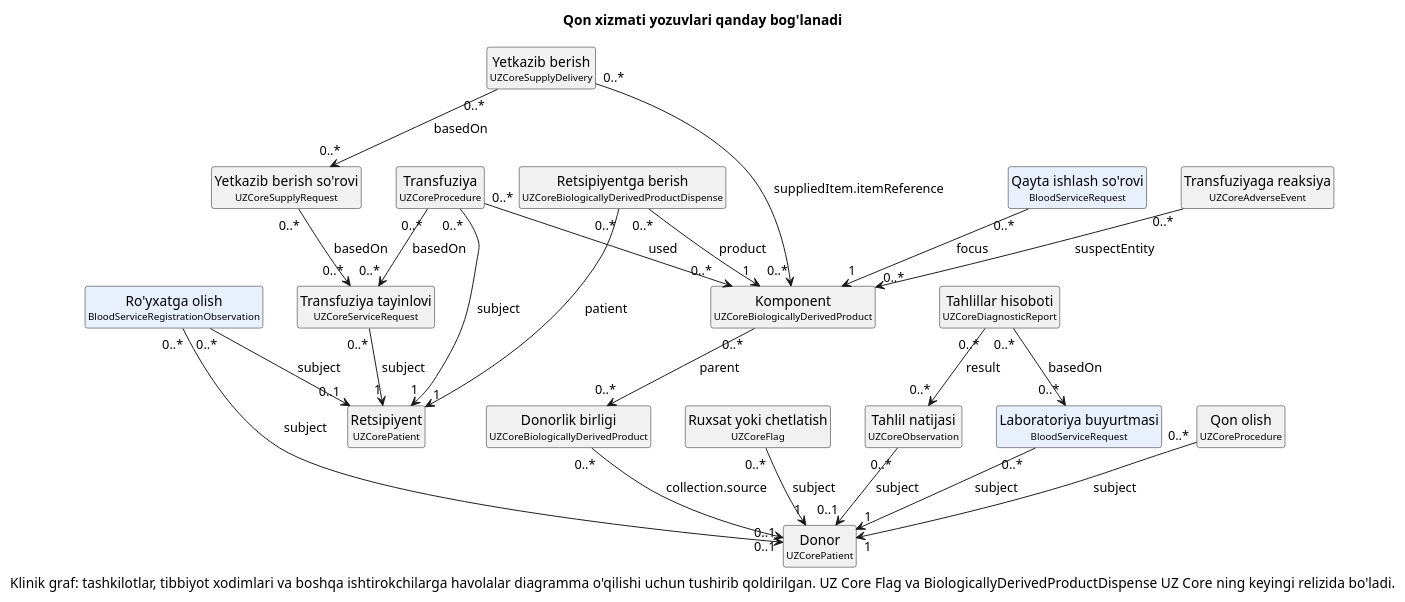
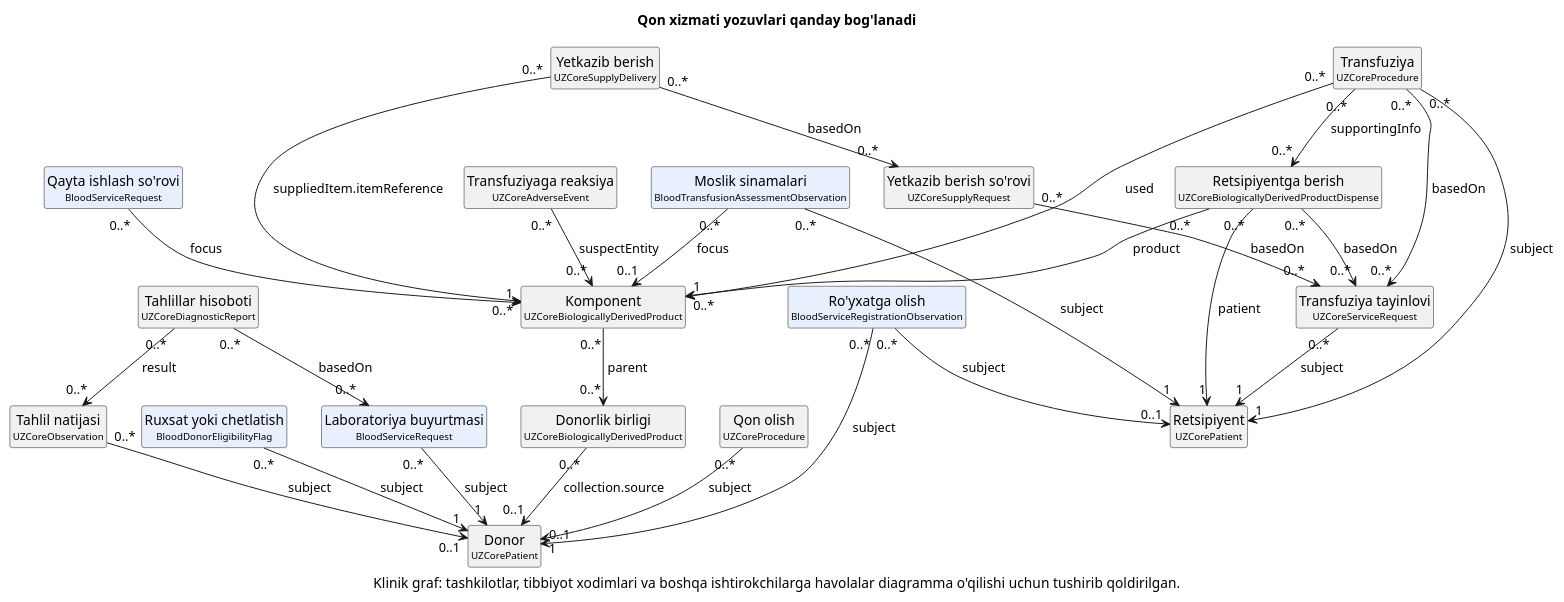
Before and after one commit to BEKHZOD98/digital-health-integration: the diagram in input/images-source/blood-service-model-uz.plantuml, drawn with PlantUML. The commit also changed 54 other files, not shown here.

```diff
--- a/input/images-source/blood-service-model-uz.plantuml
+++ b/input/images-source/blood-service-model-uz.plantuml
@@ -1,48 +1,53 @@
 @startuml blood-service-model-uz
 hide circle
 hide empty members
 title Qon xizmati yozuvlari qanday bog'lanadi
 
 class "Donor\n<size:10>UZCorePatient</size>" as Donor [[https://dhp.uz/fhir/core/uz/StructureDefinition-uz-core-patient.html{Ochish UZCorePatient}]]
 class "Retsipiyent\n<size:10>UZCorePatient</size>" as Recipient [[https://dhp.uz/fhir/core/uz/StructureDefinition-uz-core-patient.html{Ochish UZCorePatient}]]
 class "Ro'yxatga olish\n<size:10>BloodServiceRegistrationObservation</size>" as Reg [[StructureDefinition-blood-service-registration-observation.html{Ochish BloodServiceRegistrationObservation}]] #E8F0FE
-class "Ruxsat yoki chetlatish\n<size:10>UZCoreFlag</size>" as Flag
+class "Ruxsat yoki chetlatish\n<size:10>BloodDonorEligibilityFlag</size>" as Flag [[StructureDefinition-blood-donor-eligibility-flag.html{Ochish BloodDonorEligibilityFlag}]] #E8F0FE
 class "Tahlil natijasi\n<size:10>UZCoreObservation</size>" as Test [[https://dhp.uz/fhir/core/uz/StructureDefinition-uz-core-observation.html{Ochish UZCoreObservation}]]
 class "Tahlillar hisoboti\n<size:10>UZCoreDiagnosticReport</size>" as Report [[https://dhp.uz/fhir/core/uz/StructureDefinition-uz-core-diagnostic-report.html{Ochish UZCoreDiagnosticReport}]]
 class "Laboratoriya buyurtmasi\n<size:10>BloodServiceRequest</size>" as LabOrder [[StructureDefinition-blood-servicerequest.html{Ochish BloodServiceRequest}]] #E8F0FE
 class "Qayta ishlash so'rovi\n<size:10>BloodServiceRequest</size>" as ProcReq [[StructureDefinition-blood-servicerequest.html{Ochish BloodServiceRequest}]] #E8F0FE
 class "Qon olish\n<size:10>UZCoreProcedure</size>" as Coll [[https://dhp.uz/fhir/core/uz/StructureDefinition-uz-core-procedure.html{Ochish UZCoreProcedure}]]
 class "Donorlik birligi\n<size:10>UZCoreBiologicallyDerivedProduct</size>" as Unit [[https://dhp.uz/fhir/core/uz/StructureDefinition-uz-core-biologically-derived-product.html{Ochish UZCoreBiologicallyDerivedProduct}]]
 class "Komponent\n<size:10>UZCoreBiologicallyDerivedProduct</size>" as Comp [[https://dhp.uz/fhir/core/uz/StructureDefinition-uz-core-biologically-derived-product.html{Ochish UZCoreBiologicallyDerivedProduct}]]
 class "Transfuziya tayinlovi\n<size:10>UZCoreServiceRequest</size>" as Order [[https://dhp.uz/fhir/core/uz/StructureDefinition-uz-core-servicerequest.html{Ochish UZCoreServiceRequest}]]
 class "Yetkazib berish so'rovi\n<size:10>UZCoreSupplyRequest</size>" as SReq [[https://dhp.uz/fhir/core/uz/StructureDefinition-uz-core-supply-request.html{Ochish UZCoreSupplyRequest}]]
 class "Yetkazib berish\n<size:10>UZCoreSupplyDelivery</size>" as SDel [[https://dhp.uz/fhir/core/uz/StructureDefinition-uz-core-supply-delivery.html{Ochish UZCoreSupplyDelivery}]]
-class "Retsipiyentga berish\n<size:10>UZCoreBiologicallyDerivedProductDispense</size>" as Disp
+class "Retsipiyentga berish\n<size:10>UZCoreBiologicallyDerivedProductDispense</size>" as Disp [[https://dhp.uz/fhir/core/uz/StructureDefinition-uz-core-biologicallyderivedproductdispense.html{Ochish UZCoreBiologicallyDerivedProductDispense}]]
+class "Moslik sinamalari\n<size:10>BloodTransfusionAssessmentObservation</size>" as Assess [[StructureDefinition-blood-transfusion-assessment-observation.html{Ochish BloodTransfusionAssessmentObservation}]] #E8F0FE
 class "Transfuziya\n<size:10>UZCoreProcedure</size>" as Tx [[https://dhp.uz/fhir/core/uz/StructureDefinition-uz-core-procedure.html{Ochish UZCoreProcedure}]]
 class "Transfuziyaga reaksiya\n<size:10>UZCoreAdverseEvent</size>" as AE [[https://dhp.uz/fhir/core/uz/StructureDefinition-uz-core-adverse-event.html{Ochish UZCoreAdverseEvent}]]
 
 Reg "0..*" --> "0..1" Donor : « subject »
 Reg "0..*" --> "0..1" Recipient : « subject »
 Flag "0..*" --> "1" Donor : « subject »
 Test "0..*" --> "0..1" Donor : « subject »
 Report "0..*" --> "0..*" Test : « result »
 LabOrder "0..*" --> "1" Donor : « subject »
 Report "0..*" --> "0..*" LabOrder : « basedOn »
 Coll "0..*" --> "1" Donor : « subject »
 Unit "0..*" --> "0..1" Donor : « collection.source »
 Comp "0..*" --> "0..*" Unit : « parent »
 ProcReq "0..*" --> "1" Comp : « focus »
 Order "0..*" --> "1" Recipient : « subject »
 SReq "0..*" --> "0..*" Order : « basedOn »
 SDel "0..*" --> "0..*" SReq : « basedOn »
 SDel "0..*" --> "0..*" Comp : « suppliedItem.itemReference »
 Disp "0..*" --> "1" Comp : « product »
 Disp "0..*" --> "1" Recipient : « patient »
+Disp "0..*" --> "0..*" Order : « basedOn »
+Assess "0..*" --> "1" Recipient : « subject »
+Assess "0..*" --> "0..1" Comp : « focus »
 Tx "0..*" --> "0..*" Order : « basedOn »
 Tx "0..*" --> "0..*" Comp : « used »
 Tx "0..*" --> "1" Recipient : « subject »
+Tx "0..*" --> "0..*" Disp : « supportingInfo »
 AE "0..*" --> "0..*" Comp : « suspectEntity »
 
-caption Klinik graf: tashkilotlar, tibbiyot xodimlari va boshqa ishtirokchilarga havolalar diagramma o'qilishi uchun tushirib qoldirilgan. UZ Core Flag va BiologicallyDerivedProductDispense UZ Core ning keyingi relizida bo'ladi.
+caption Klinik graf: tashkilotlar, tibbiyot xodimlari va boshqa ishtirokchilarga havolalar diagramma o'qilishi uchun tushirib qoldirilgan.
 
 @enduml
```
